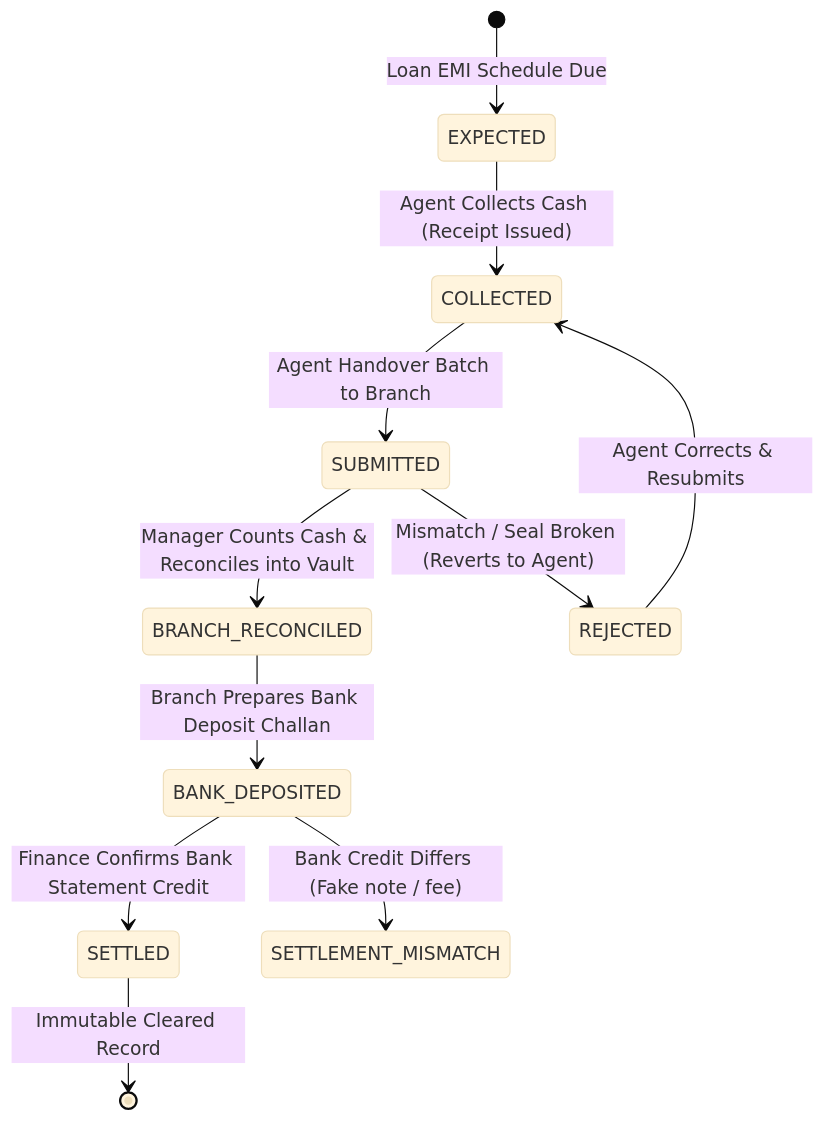
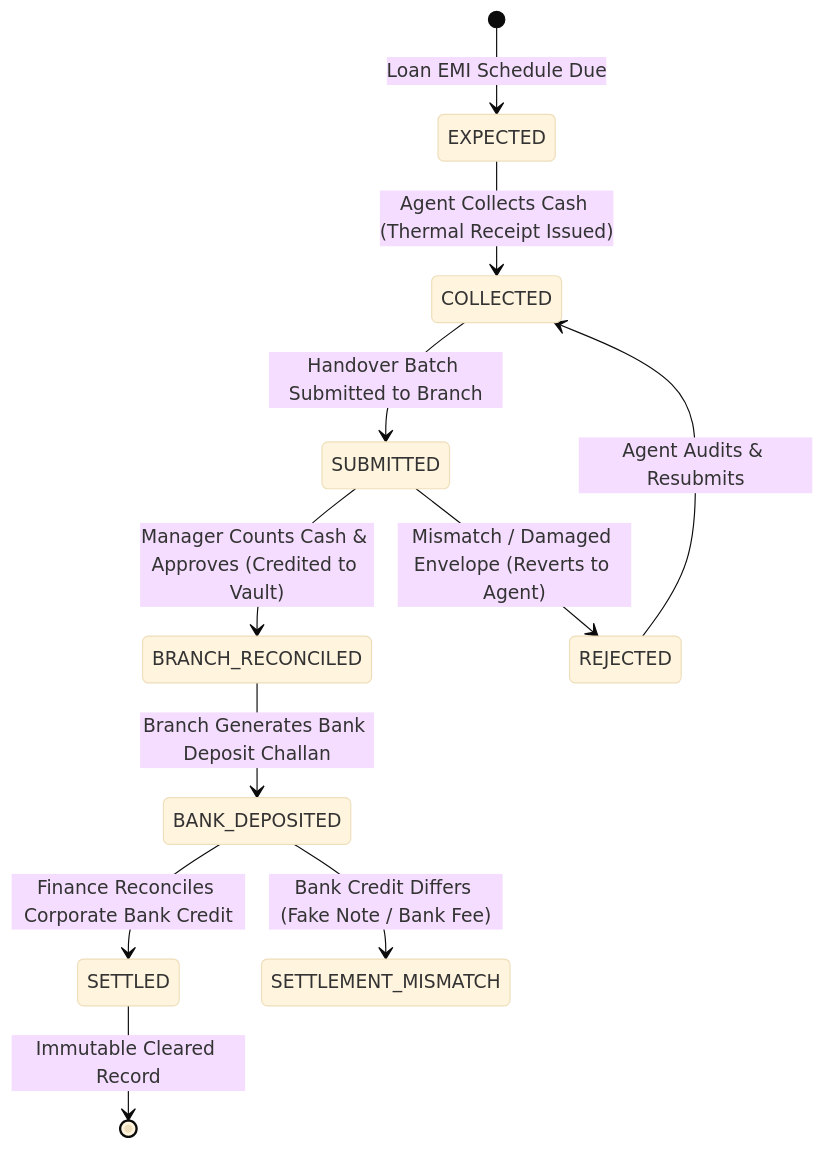
Before and after one commit to Priyank1311/CRMS-ARTH-: the first of 2 diagrams in README.md, drawn with Mermaid (base theme). The commit also changed other lines of this file and 3 other files, not shown here.

````diff
--- a/README.md
+++ b/README.md
@@ -21,13 +48,13 @@
 ```mermaid
 stateDiagram-v2
     [*] --> EXPECTED: Loan EMI Schedule Due
-    EXPECTED --> COLLECTED: Agent Collects Cash (Receipt Issued)
-    COLLECTED --> SUBMITTED: Agent Handover Batch to Branch
-    SUBMITTED --> BRANCH_RECONCILED: Manager Counts Cash & Reconciles into Vault
-    SUBMITTED --> REJECTED: Mismatch / Seal Broken (Reverts to Agent)
-    REJECTED --> COLLECTED: Agent Corrects & Resubmits
-    BRANCH_RECONCILED --> BANK_DEPOSITED: Branch Prepares Bank Deposit Challan
-    BANK_DEPOSITED --> SETTLED: Finance Confirms Bank Statement Credit
-    BANK_DEPOSITED --> SETTLEMENT_MISMATCH: Bank Credit Differs (Fake note / fee)
+    EXPECTED --> COLLECTED: Agent Collects Cash (Thermal Receipt Issued)
+    COLLECTED --> SUBMITTED: Handover Batch Submitted to Branch
+    SUBMITTED --> BRANCH_RECONCILED: Manager Counts Cash & Approves (Credited to Vault)
+    SUBMITTED --> REJECTED: Mismatch / Damaged Envelope (Reverts to Agent)
+    REJECTED --> COLLECTED: Agent Audits & Resubmits
+    BRANCH_RECONCILED --> BANK_DEPOSITED: Branch Generates Bank Deposit Challan
+    BANK_DEPOSITED --> SETTLED: Finance Reconciles Corporate Bank Credit
+    BANK_DEPOSITED --> SETTLEMENT_MISMATCH: Bank Credit Differs (Fake Note / Bank Fee)
     SETTLED --> [*]: Immutable Cleared Record
 ```
````
